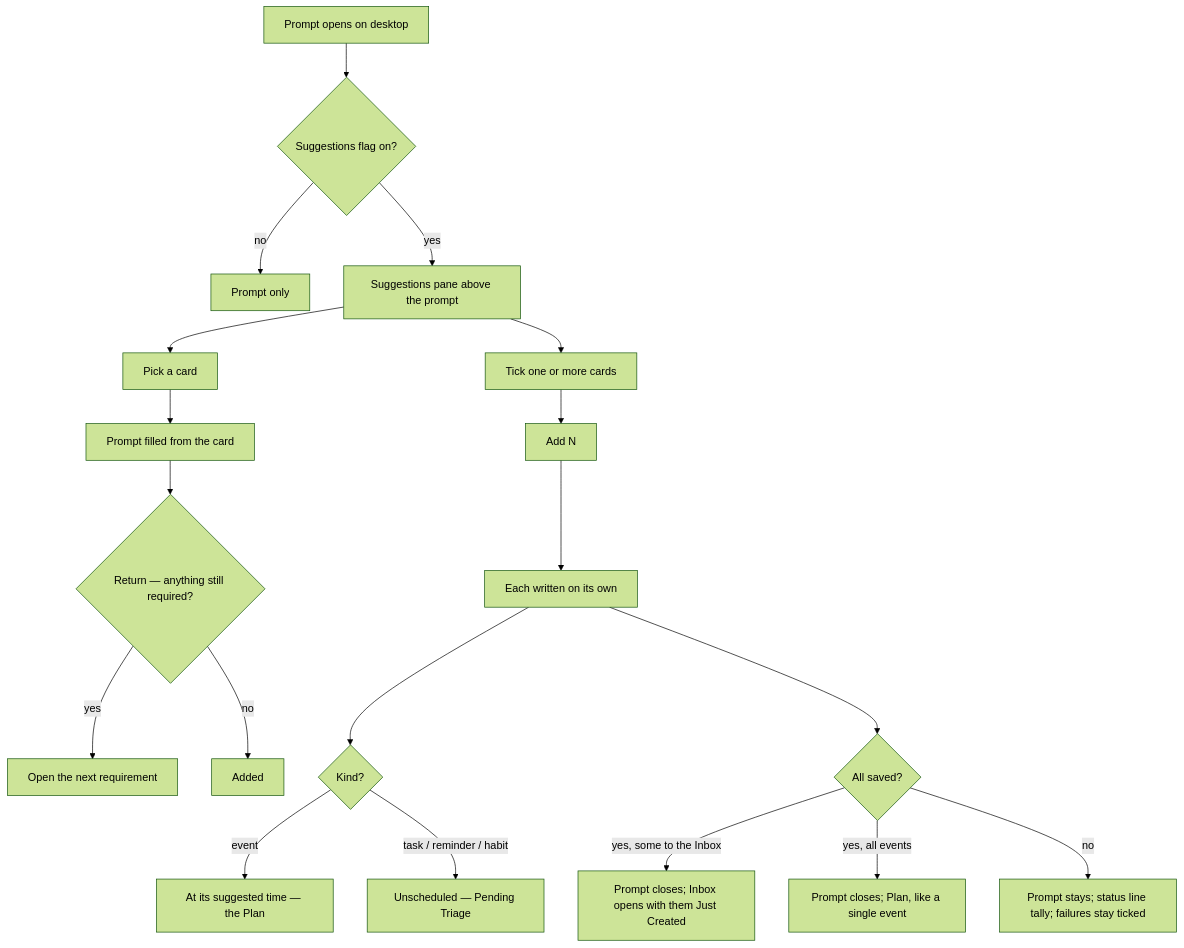
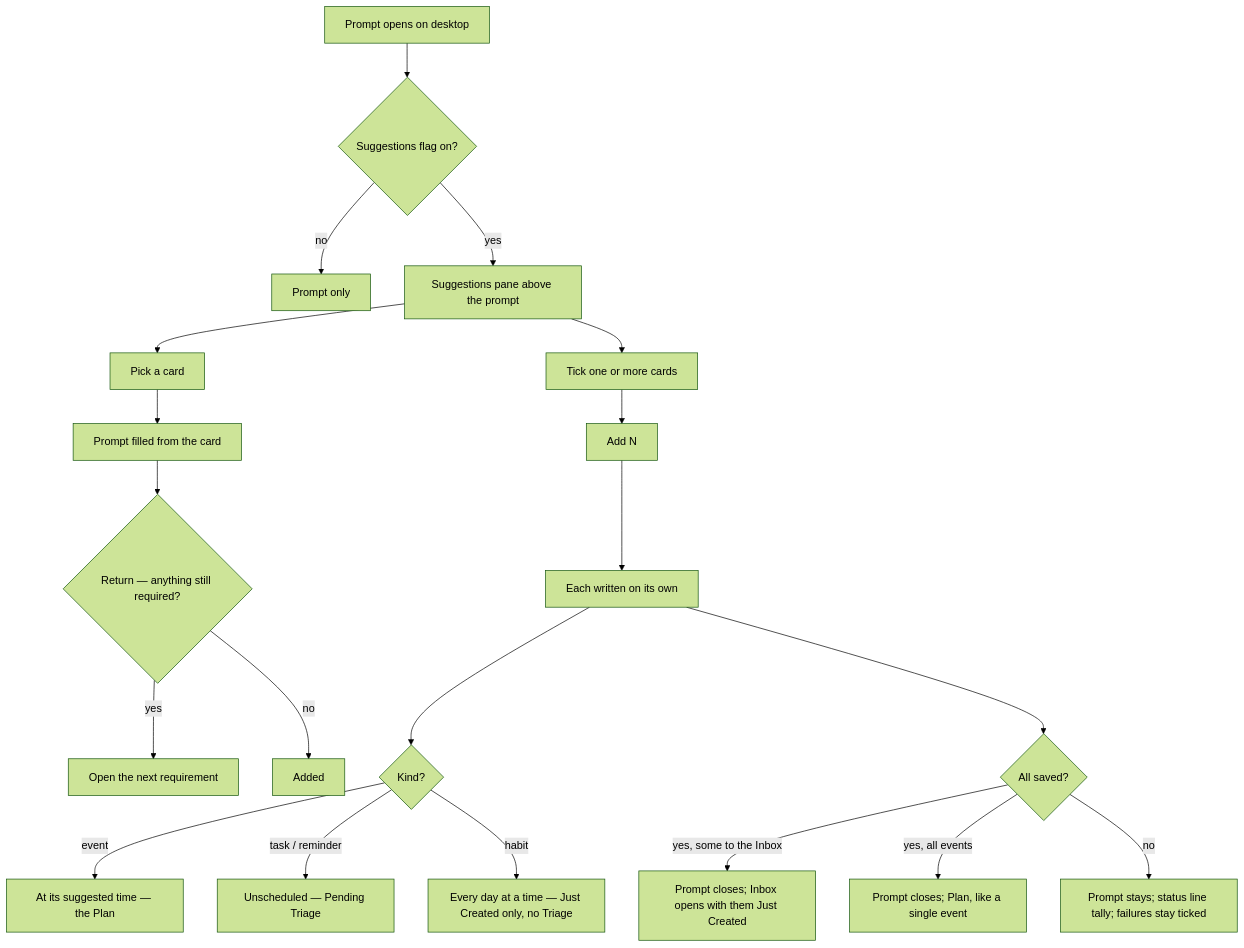
The second of 4 diagrams in docs/Features/Inbox.md (zheref/kro-pwa), drawn with Mermaid (forest theme) before and after one commit. The commit also changed other lines of this file and 44 other files, not shown here.

````diff
--- a/docs/Features/Inbox.md
+++ b/docs/Features/Inbox.md
@@ -255,21 +269,22 @@
 ```mermaid
 flowchart TD
     open[Prompt opens on desktop] --> flag{Suggestions flag on?}
     flag -->|no| prompt[Prompt only]
     flag -->|yes| pane[Suggestions pane above the prompt]
     pane --> pick[Pick a card]
     pick --> filled[Prompt filled from the card]
     filled --> ret{Return — anything still required?}
     ret -->|yes| walk[Open the next requirement]
     ret -->|no| added[Added]
     pane --> tick[Tick one or more cards]
     tick --> addN[Add N]
     addN --> each[Each written on its own]
     each --> where{Kind?}
     where -->|event| plan[At its suggested time — the Plan]
-    where -->|task / reminder / habit| inbox[Unscheduled — Pending Triage]
+    where -->|task / reminder| inbox[Unscheduled — Pending Triage]
+    where -->|habit| habit[Every day at a time — Just Created only, no Triage]
     each --> ok{All saved?}
     ok -->|yes, some to the Inbox| toInbox[Prompt closes; Inbox opens with them Just Created]
     ok -->|yes, all events| toPlan[Prompt closes; Plan, like a single event]
     ok -->|no| tally[Prompt stays; status line tally; failures stay ticked]
 ```
````
